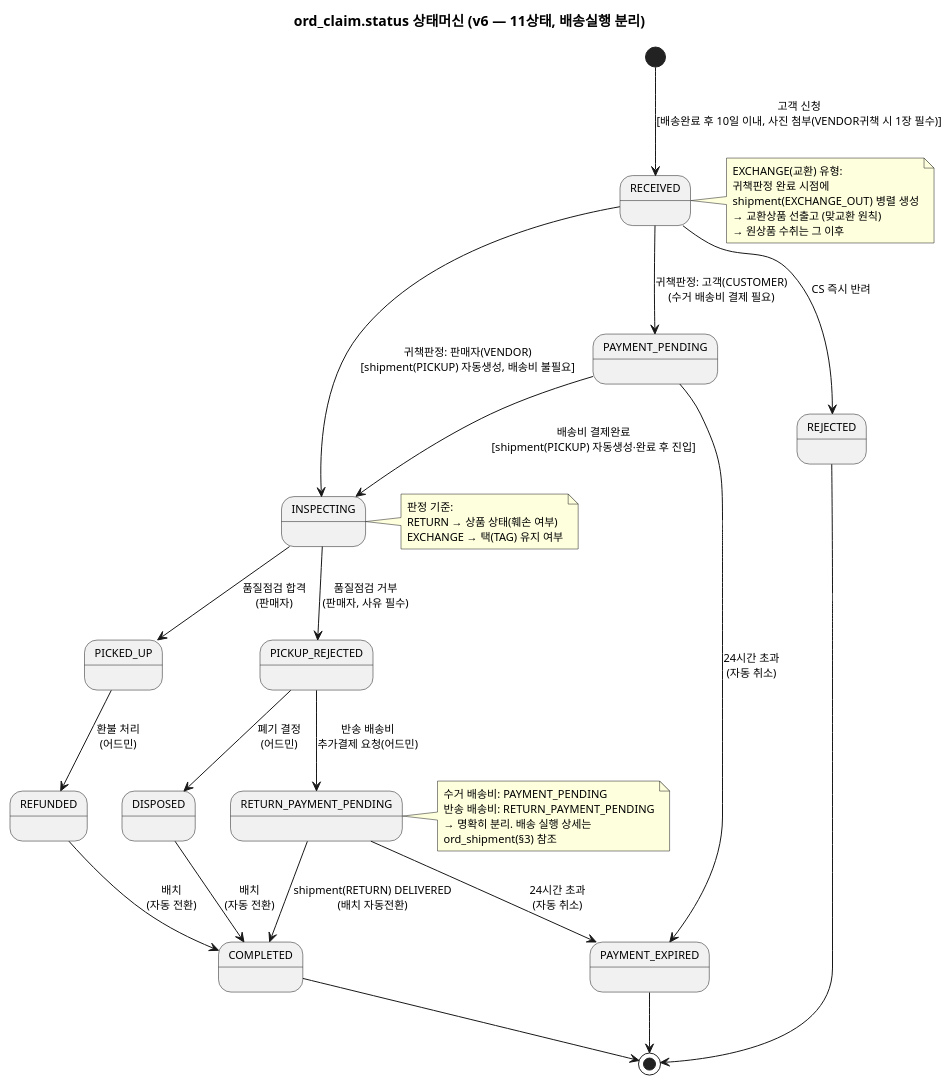
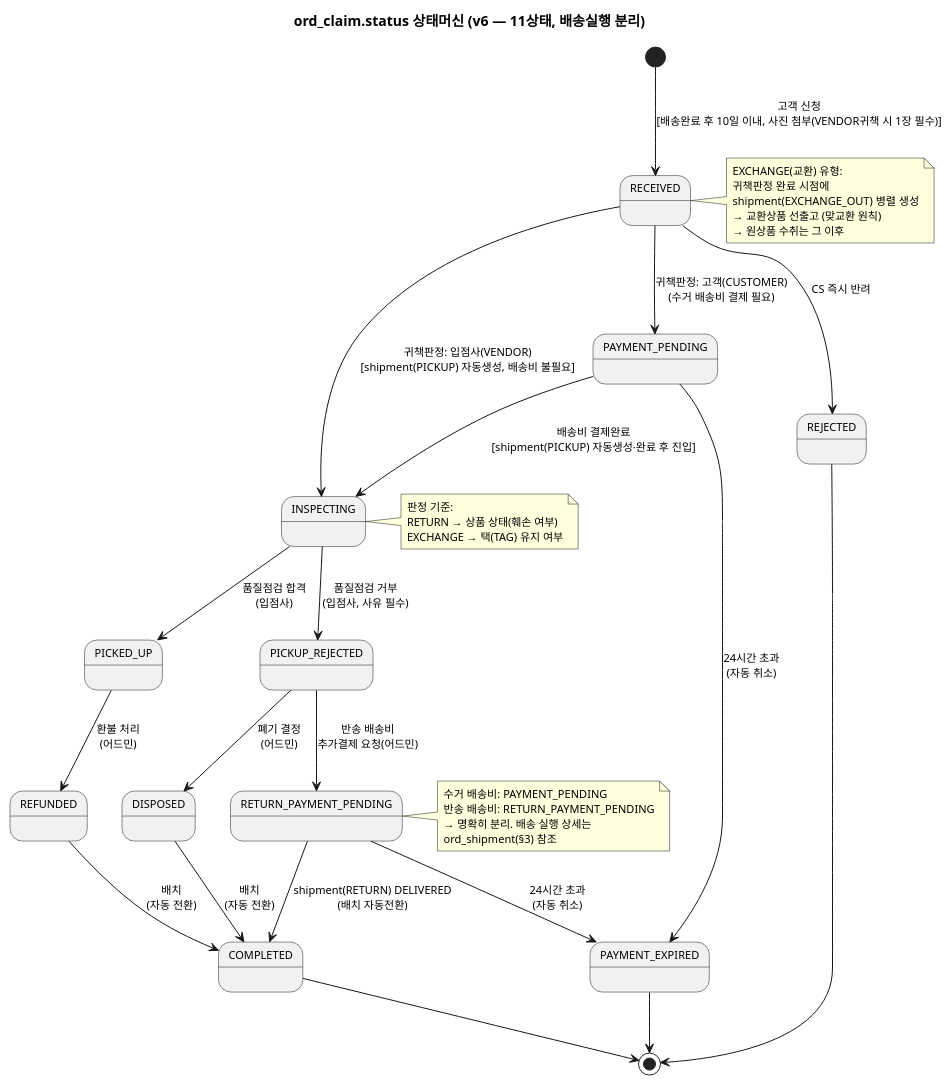
One commit to parknahyun/runNShop changed the second of 3 diagrams in docs/자산화-단계별/S2-구조설계/DG-상태머신(Order).md. Above: the diagram before and after it, drawn with PlantUML. The commit also changed other lines of this file and 39 other files, not shown here.

````diff
--- a/docs/자산화-단계별/S2-구조설계/DG-상태머신(Order).md
+++ b/docs/자산화-단계별/S2-구조설계/DG-상태머신(Order).md
@@ -157,56 +157,56 @@
 ```plantuml
 @startuml
 skinparam backgroundColor transparent
 skinparam defaultFontSize 11
 title ord_claim.status 상태머신 (v6 — 11상태, 배송실행 분리)
 
 [*] --> RECEIVED : 고객 신청\n[배송완료 후 10일 이내, 사진 첨부(VENDOR귀책 시 1장 필수)]
 
 RECEIVED --> PAYMENT_PENDING : 귀책판정: 고객(CUSTOMER)\n(수거 배송비 결제 필요)
-RECEIVED --> INSPECTING : 귀책판정: 판매자(VENDOR)\n[shipment(PICKUP) 자동생성, 배송비 불필요]
+RECEIVED --> INSPECTING : 귀책판정: 입점사(VENDOR)\n[shipment(PICKUP) 자동생성, 배송비 불필요]
 RECEIVED --> REJECTED : CS 즉시 반려
 
 PAYMENT_PENDING --> INSPECTING : 배송비 결제완료\n[shipment(PICKUP) 자동생성·완료 후 진입]
 PAYMENT_PENDING --> PAYMENT_EXPIRED : 24시간 초과\n(자동 취소)
 
 note right of RECEIVED
   EXCHANGE(교환) 유형:
   귀책판정 완료 시점에
   shipment(EXCHANGE_OUT) 병렬 생성
   → 교환상품 선출고 (맞교환 원칙)
   → 원상품 수취는 그 이후
 end note
 
-INSPECTING --> PICKED_UP : 품질점검 합격\n(판매자)
-INSPECTING --> PICKUP_REJECTED : 품질점검 거부\n(판매자, 사유 필수)
+INSPECTING --> PICKED_UP : 품질점검 합격\n(입점사)
+INSPECTING --> PICKUP_REJECTED : 품질점검 거부\n(입점사, 사유 필수)
 
 note right of INSPECTING
   판정 기준:
   RETURN → 상품 상태(훼손 여부)
   EXCHANGE → 택(TAG) 유지 여부
 end note
 
 PICKED_UP --> REFUNDED : 환불 처리\n(어드민)
 
 PICKUP_REJECTED --> DISPOSED : 폐기 결정\n(어드민)
 PICKUP_REJECTED --> RETURN_PAYMENT_PENDING : 반송 배송비\n추가결제 요청(어드민)
 
 RETURN_PAYMENT_PENDING --> COMPLETED : shipment(RETURN) DELIVERED\n(배치 자동전환)
 RETURN_PAYMENT_PENDING --> PAYMENT_EXPIRED : 24시간 초과\n(자동 취소)
 
 REFUNDED --> COMPLETED : 배치\n(자동 전환)
 DISPOSED --> COMPLETED : 배치\n(자동 전환)
 
 COMPLETED --> [*]
 REJECTED --> [*]
 PAYMENT_EXPIRED --> [*]
 
 note right of RETURN_PAYMENT_PENDING
   수거 배송비: PAYMENT_PENDING
   반송 배송비: RETURN_PAYMENT_PENDING
   → 명확히 분리. 배송 실행 상세는
   ord_shipment(§3) 참조
 end note
 
 @enduml
 ```
````
